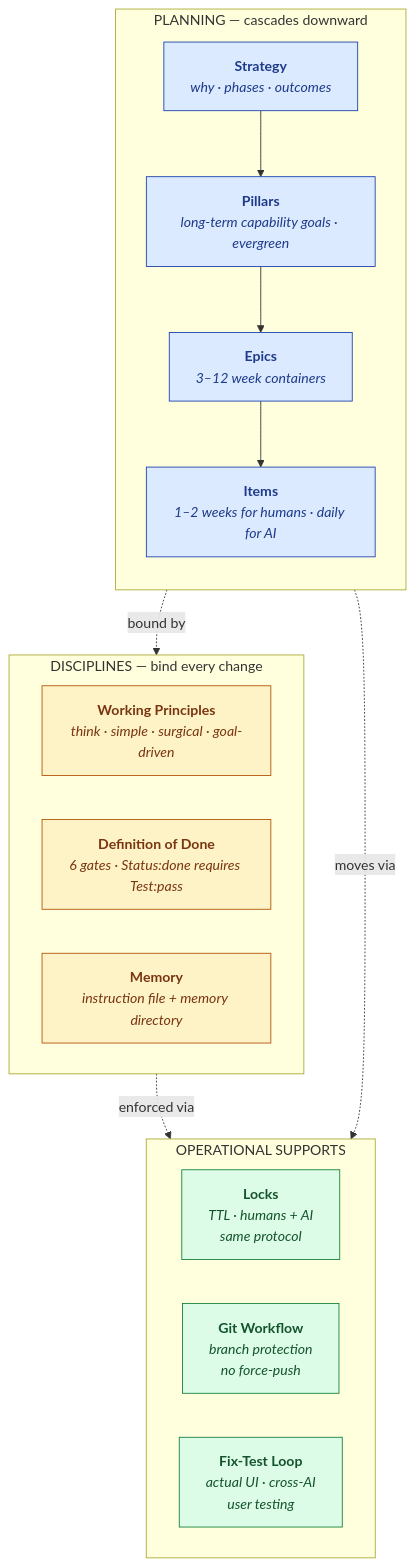
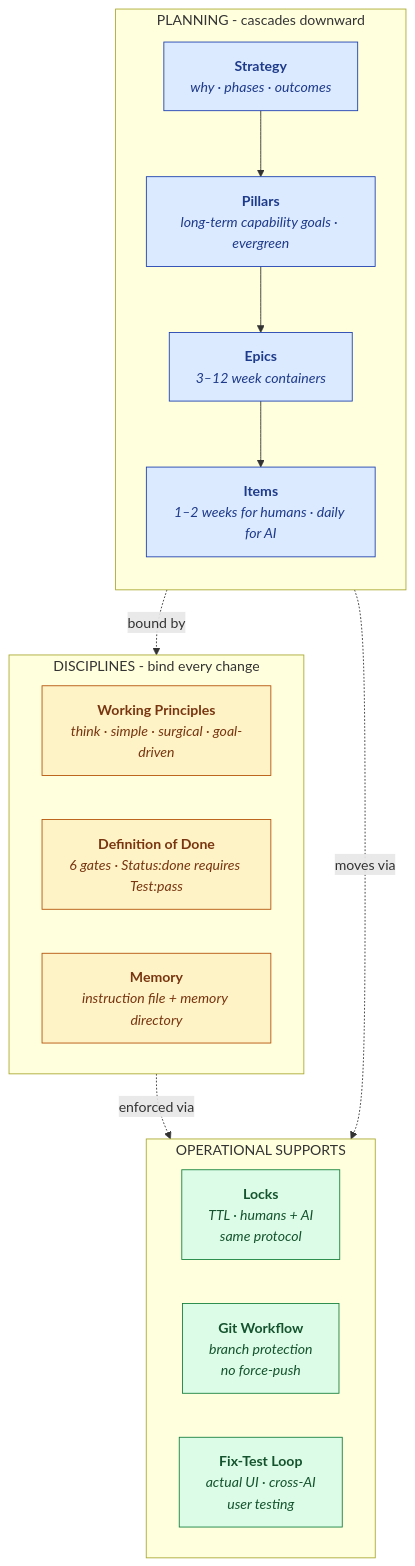
The first of 2 diagrams in README.md (Korner83/ai-development-methodology), drawn with Mermaid before and after one commit. The commit also changed other lines of this file, not shown here.

````diff
--- a/README.md
+++ b/README.md
@@ -30,37 +30,37 @@
 ```mermaid
 flowchart TB
     classDef planning fill:#dbeafe,stroke:#1e40af,color:#1e3a8a
     classDef discipline fill:#fef3c7,stroke:#b45309,color:#78350f
     classDef support fill:#dcfce7,stroke:#15803d,color:#14532d
 
-    subgraph PLANNING [" PLANNING — cascades downward "]
+    subgraph PLANNING [" PLANNING - cascades downward "]
         direction TB
         S["<b>Strategy</b><br/><i>why · phases · outcomes</i>"]
         P["<b>Pillars</b><br/><i>long-term capability goals · evergreen</i>"]
         E["<b>Epics</b><br/><i>3–12 week containers</i>"]
         I["<b>Items</b><br/><i>1–2 weeks for humans · daily for AI</i>"]
         S --> P --> E --> I
     end
 
-    subgraph DISCIPLINE [" DISCIPLINES — bind every change "]
+    subgraph DISCIPLINE [" DISCIPLINES - bind every change "]
         direction LR
         W["<b>Working Principles</b><br/><i>think · simple · surgical · goal-driven</i>"]
         D["<b>Definition of Done</b><br/><i>6 gates · Status:done requires Test:pass</i>"]
         M["<b>Memory</b><br/><i>instruction file + memory directory</i>"]
     end
 
     subgraph SUPPORT [" OPERATIONAL SUPPORTS "]
         direction LR
         L["<b>Locks</b><br/><i>TTL · humans + AI<br/>same protocol</i>"]
         G["<b>Git Workflow</b><br/><i>branch protection<br/>no force-push</i>"]
         T["<b>Fix-Test Loop</b><br/><i>actual UI · cross-AI<br/>user testing</i>"]
     end
 
     PLANNING -.->|bound by| DISCIPLINE
     DISCIPLINE -.->|enforced via| SUPPORT
     PLANNING -.->|moves via| SUPPORT
 
     class S,P,E,I planning
     class W,D,M discipline
     class L,G,T support
 ```
````
